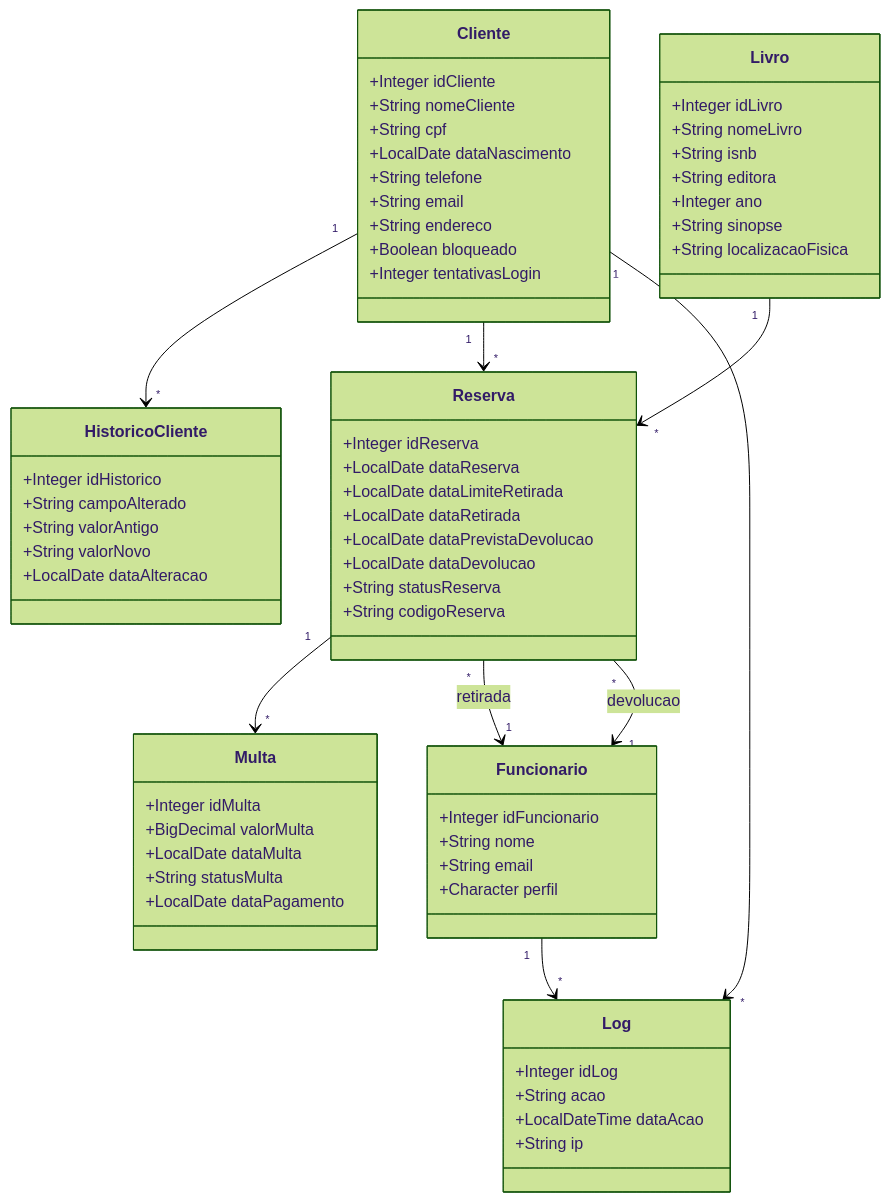
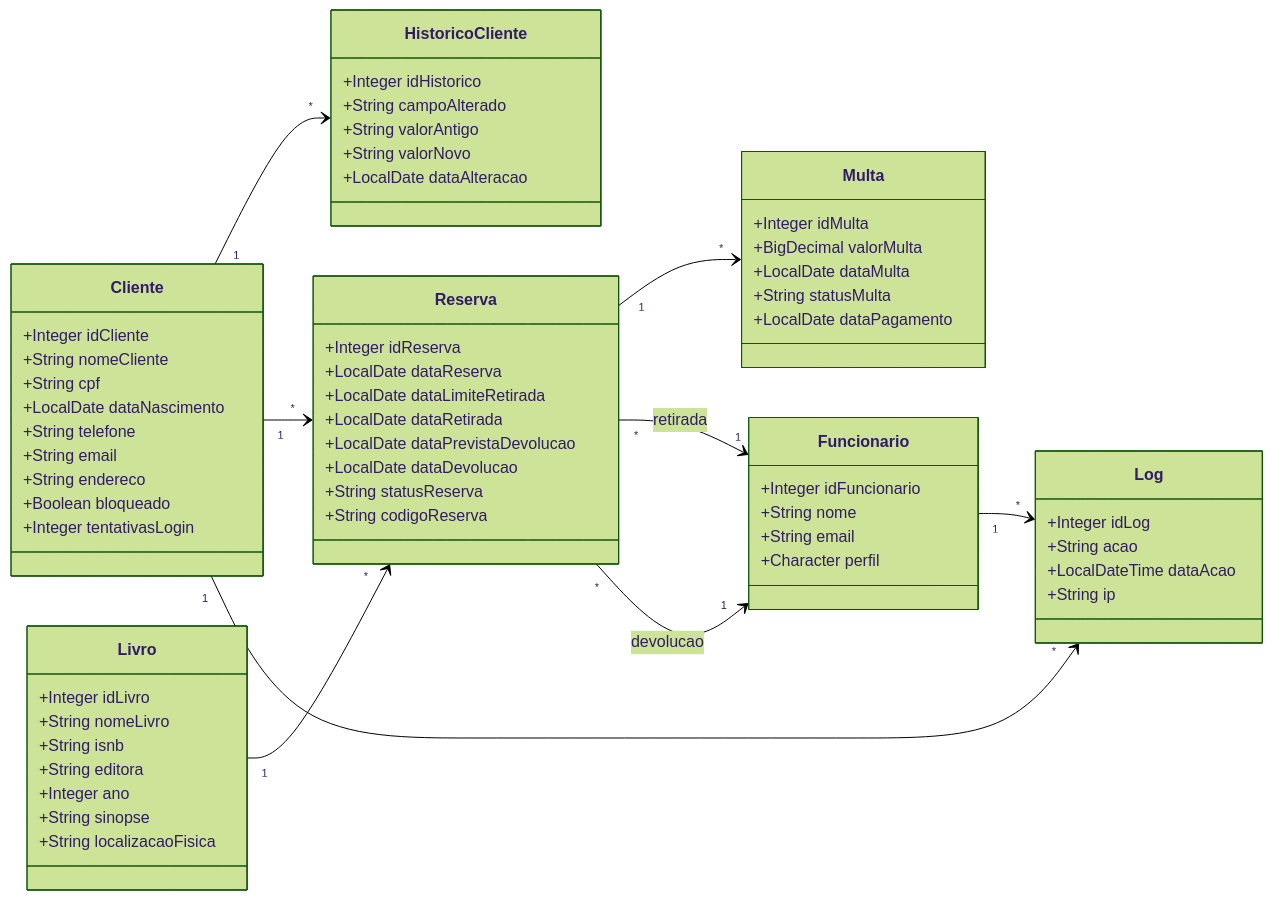
The second of 2 diagrams in Presentation/slides.md (Bruno0405/Biblioteca), drawn with Mermaid (forest theme) before and after one commit. The commit also changed other lines of this file and 9 other files, not shown here.

````diff
--- a/Presentation/slides.md
+++ b/Presentation/slides.md
@@ -284,68 +244,69 @@
 ```mermaid
 classDiagram
+    direction LR
     class Reserva {
         +Integer idReserva
         +LocalDate dataReserva
         +LocalDate dataLimiteRetirada
         +LocalDate dataRetirada
         +LocalDate dataPrevistaDevolucao
         +LocalDate dataDevolucao
         +String statusReserva
         +String codigoReserva
     }
     class Multa {
         +Integer idMulta
         +BigDecimal valorMulta
         +LocalDate dataMulta
         +String statusMulta
         +LocalDate dataPagamento
     }
     class Cliente {
         +Integer idCliente
         +String nomeCliente
         +String cpf
         +LocalDate dataNascimento
         +String telefone
         +String email
         +String endereco
         +Boolean bloqueado
         +Integer tentativasLogin
     }
     class Funcionario {
         +Integer idFuncionario
         +String nome
         +String email
         +Character perfil
     }
     class HistoricoCliente {
         +Integer idHistorico
         +String campoAlterado
         +String valorAntigo
         +String valorNovo
         +LocalDate dataAlteracao
     }
     class Log {
         +Integer idLog
         +String acao
         +LocalDateTime dataAcao
         +String ip
     }
     class Livro {
         +Integer idLivro
         +String nomeLivro
         +String isnb
         +String editora
         +Integer ano
         +String sinopse
         +String localizacaoFisica
     }
 
     Livro "1" --> "*" Reserva
     Cliente "1" --> "*" HistoricoCliente
     Cliente "1" --> "*" Reserva
     Reserva "1" --> "*" Multa
     Reserva "*" --> "1" Funcionario : retirada
     Reserva "*" --> "1" Funcionario : devolucao
     Cliente "1" --> "*" Log
     Funcionario "1" --> "*" Log
 ```
````
